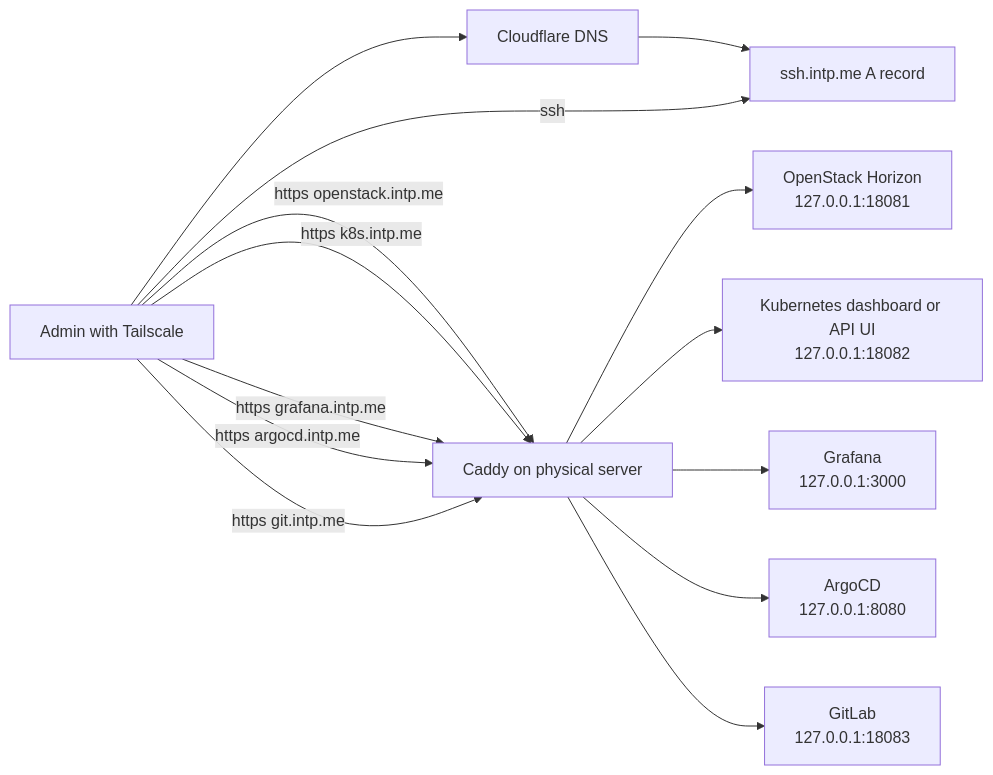
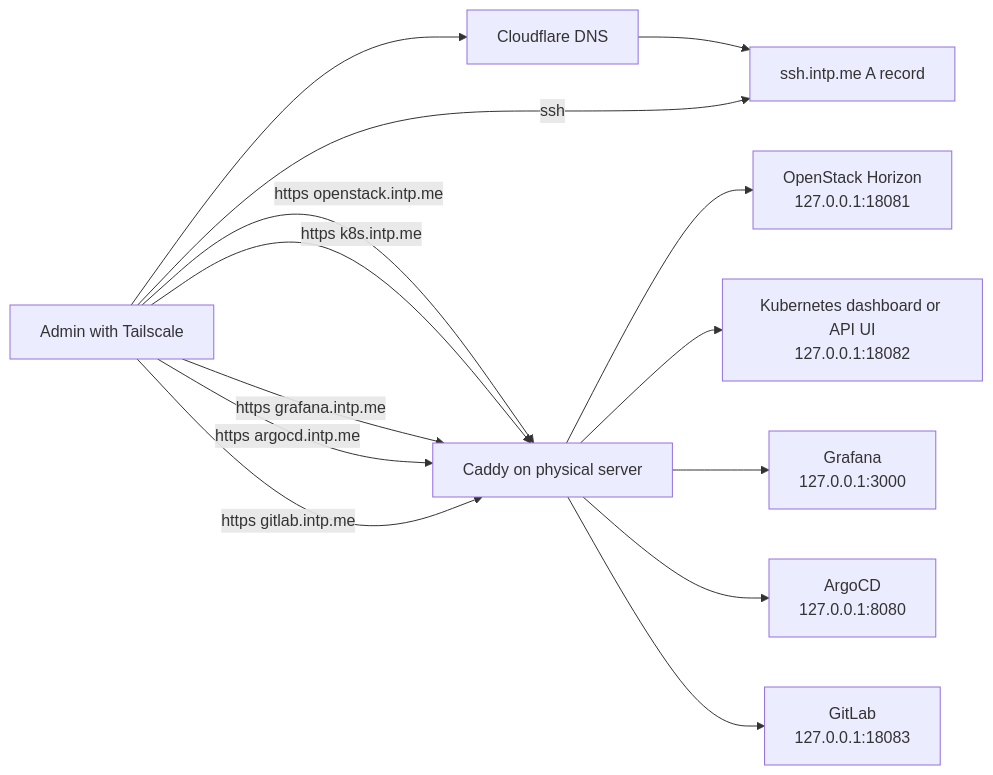
Before and after one commit to SGS-Strategy/hybrid-ai-serving-platform: the diagram in private/reverse-proxy/README.md, drawn with Mermaid. The commit also changed other lines of this file and 12 other files, not shown here.

````diff
--- a/private/reverse-proxy/README.md
+++ b/private/reverse-proxy/README.md
@@ -16,26 +16,26 @@
 ```mermaid
 flowchart LR
   Admin[Admin with Tailscale]
   DNS[Cloudflare DNS]
   SSH[ssh.intp.me A record]
   Caddy[Caddy on physical server]
   Horizon[OpenStack Horizon<br/>127.0.0.1:18081]
   K8S[Kubernetes dashboard or API UI<br/>127.0.0.1:18082]
   Grafana[Grafana<br/>127.0.0.1:3000]
   ArgoCD[ArgoCD<br/>127.0.0.1:8080]
   GitLab[GitLab<br/>127.0.0.1:18083]
 
   Admin --> DNS
   DNS --> SSH
   Admin -->|ssh| SSH
   Admin -->|https openstack.intp.me| Caddy
   Admin -->|https k8s.intp.me| Caddy
   Admin -->|https grafana.intp.me| Caddy
   Admin -->|https argocd.intp.me| Caddy
-  Admin -->|https git.intp.me| Caddy
+  Admin -->|https gitlab.intp.me| Caddy
   Caddy --> Horizon
   Caddy --> K8S
   Caddy --> Grafana
   Caddy --> ArgoCD
   Caddy --> GitLab
 ```
````
